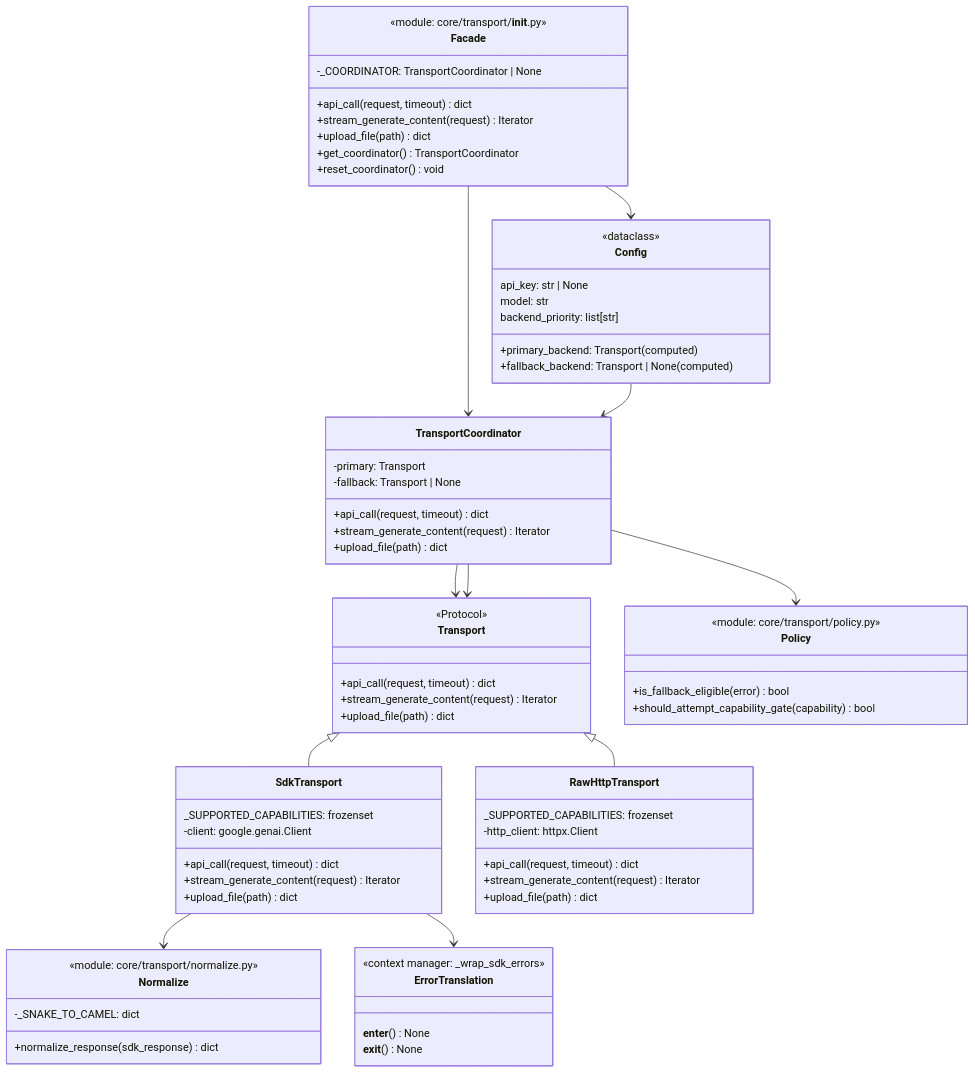
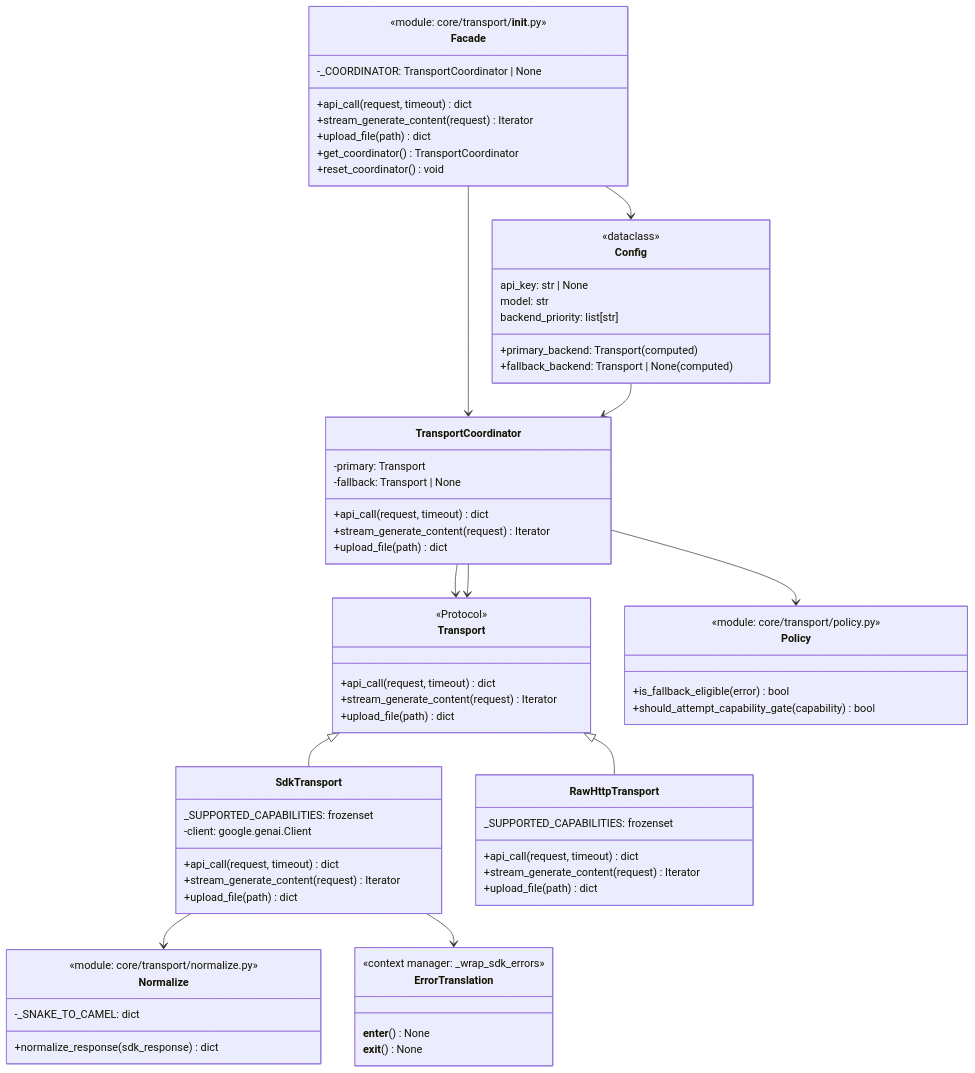
The diagram in docs/diagrams/design-patterns-overview.mmd (reshinto/gemini-skill), drawn with Mermaid before and after one commit. The commit also changed 2 other files, not shown here.

Commit message:
docs(diagrams): correct labels in architecture, secrets-flow, design-patterns
- architecture-dual-backend: adapter count 21 → 20 (imagen + live are
  SDK-direct and not backend-agnostic; 22 total − 2 = 20)
- secrets-flow: resolve_key() path core/infra/auth.py → core/auth/auth.py
  (auth module lives under core/auth/, not core/infra/)
- design-patterns-overview: remove spurious -http_client: httpx.Client from
  RawHttpTransport (class is stateless; backend uses urllib, not httpx)

```diff
--- a/docs/diagrams/design-patterns-overview.mmd
+++ b/docs/diagrams/design-patterns-overview.mmd
@@ -1,79 +1,78 @@
 classDiagram
     class Transport {
         <<Protocol>>
         +api_call(request, timeout) dict
         +stream_generate_content(request) Iterator
         +upload_file(path) dict
     }
 
     class SdkTransport {
         _SUPPORTED_CAPABILITIES: frozenset
         -client: google.genai.Client
         +api_call(request, timeout) dict
         +stream_generate_content(request) Iterator
         +upload_file(path) dict
     }
 
     class RawHttpTransport {
         _SUPPORTED_CAPABILITIES: frozenset
-        -http_client: httpx.Client
         +api_call(request, timeout) dict
         +stream_generate_content(request) Iterator
         +upload_file(path) dict
     }
 
     class TransportCoordinator {
         -primary: Transport
         -fallback: Transport | None
         +api_call(request, timeout) dict
         +stream_generate_content(request) Iterator
         +upload_file(path) dict
     }
 
     class Facade {
         <<module: core/transport/__init__.py>>
         -_COORDINATOR: TransportCoordinator | None
         +api_call(request, timeout) dict
         +stream_generate_content(request) Iterator
         +upload_file(path) dict
         +get_coordinator() TransportCoordinator
         +reset_coordinator() void
     }
 
     class Policy {
         <<module: core/transport/policy.py>>
         +is_fallback_eligible(error) bool
         +should_attempt_capability_gate(capability) bool
     }
 
     class Normalize {
         <<module: core/transport/normalize.py>>
         -_SNAKE_TO_CAMEL: dict
         +normalize_response(sdk_response) dict
     }
 
     class Config {
         <<dataclass>>
         api_key: str | None
         model: str
         backend_priority: list[str]
         +primary_backend: Transport (computed)
         +fallback_backend: Transport | None (computed)
     }
 
     class ErrorTranslation {
         <<context manager: _wrap_sdk_errors>>
         __enter__() None
         __exit__() None
     }
 
     Transport <|-- SdkTransport
     Transport <|-- RawHttpTransport
     TransportCoordinator --> Transport
     TransportCoordinator --> Transport
     Facade --> TransportCoordinator
     TransportCoordinator --> Policy
     SdkTransport --> Normalize
     SdkTransport --> ErrorTranslation
     Config --> TransportCoordinator
     Facade --> Config
```
